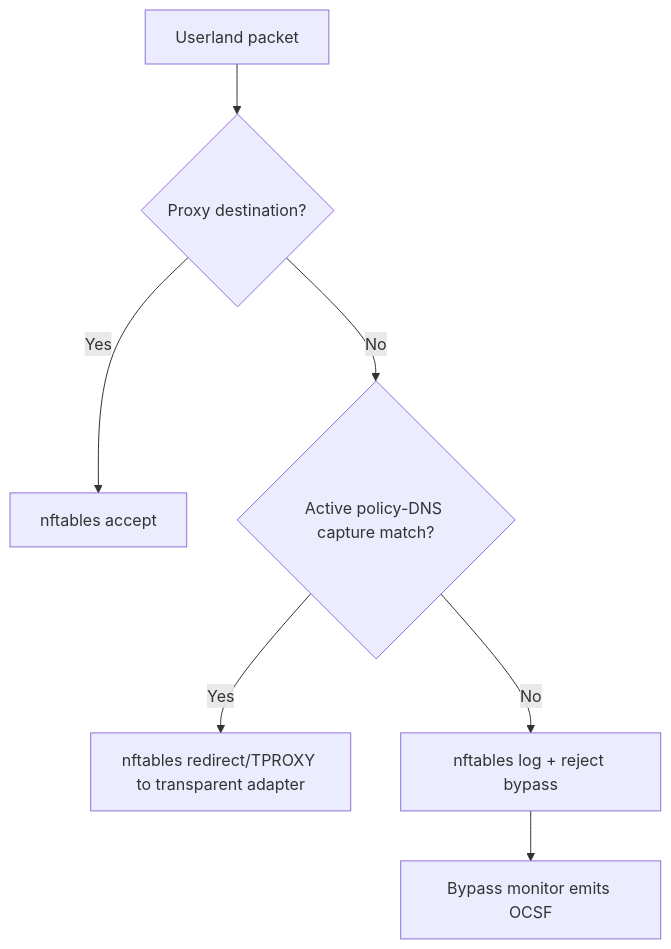
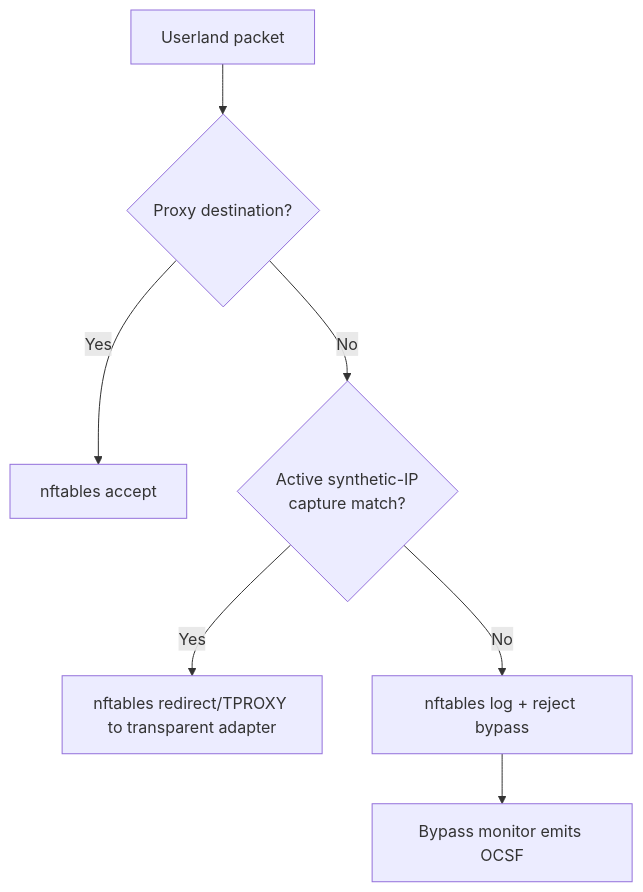
One commit to NVIDIA/OpenShell changed the third of 3 diagrams in rfc/0005-sandbox-proxy-egress-adapter/README.md. Above: the diagram before and after it, drawn with Mermaid. The commit also changed other lines of this file and 2 other files, not shown here.

Commit message:
docs(rfc): define synthetic DNS correlation

````diff
--- a/rfc/0005-sandbox-proxy-egress-adapter/README.md
+++ b/rfc/0005-sandbox-proxy-egress-adapter/README.md
@@ -357,9 +378,9 @@
 ```mermaid
 flowchart TD
     Packet["Userland packet"] --> ProxyDest{"Proxy destination?"}
     ProxyDest -- Yes --> AcceptProxy["nftables accept"]
-    ProxyDest -- No --> Capture{"Active policy-DNS capture match?"}
+    ProxyDest -- No --> Capture{"Active synthetic-IP<br/>capture match?"}
     Capture -- Yes --> Redirect["nftables redirect/TPROXY to transparent adapter"]
     Capture -- No --> Reject["nftables log + reject bypass"]
     Reject --> Monitor["Bypass monitor emits OCSF"]
 ```
````
